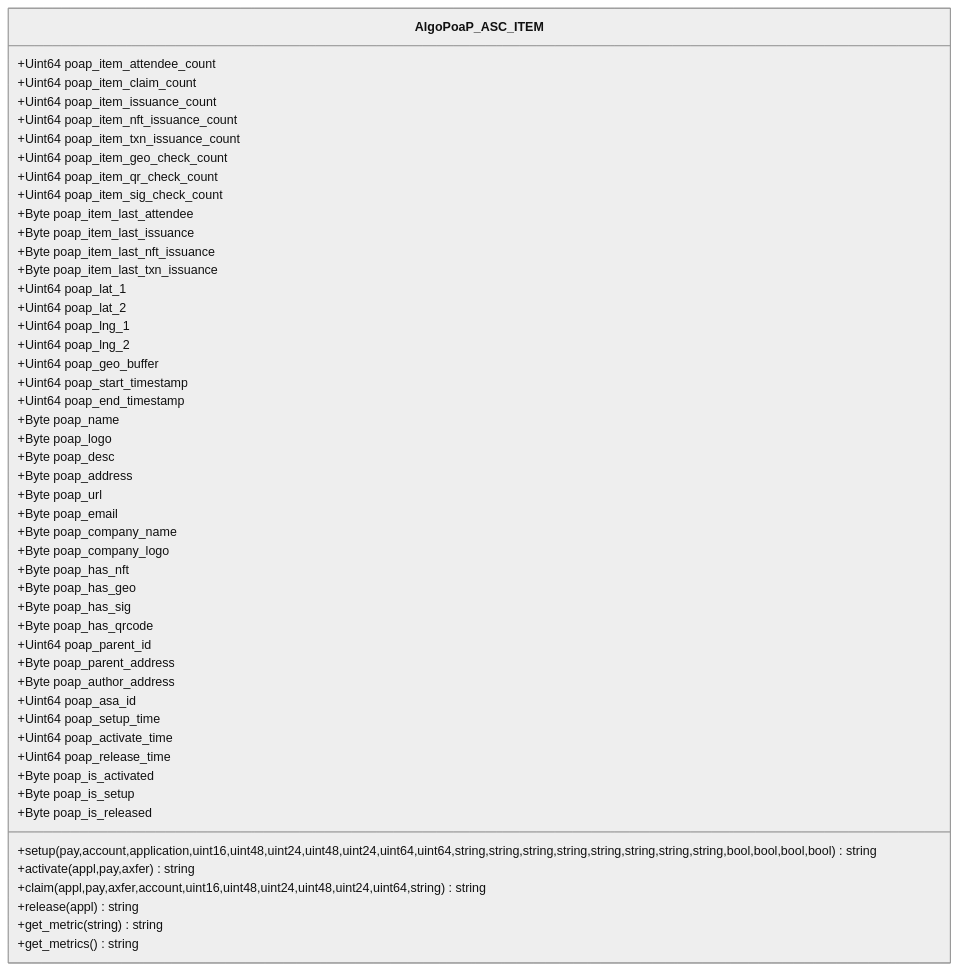
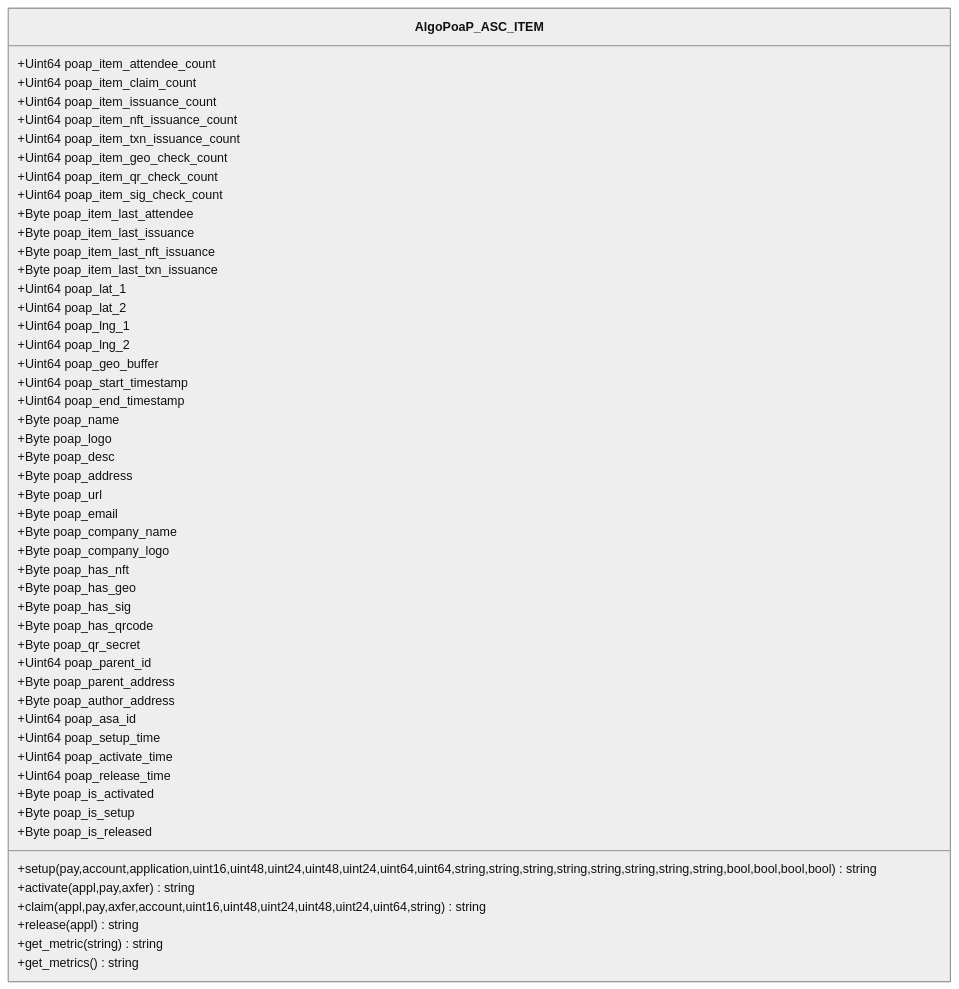
One commit to GoPlausible/.github changed the tenth of 10 diagrams in profile/README.md. Above: the diagram before and after it, drawn with Mermaid (neutral theme).

````diff
--- a/profile/README.md
+++ b/profile/README.md
@@ -596,68 +596,70 @@
 ```mermaid
   classDiagram
     class AlgoPoaP_ASC_ITEM
     AlgoPoaP_ASC_ITEM : +Uint64 poap_item_attendee_count
     AlgoPoaP_ASC_ITEM : +Uint64 poap_item_claim_count
     AlgoPoaP_ASC_ITEM : +Uint64 poap_item_issuance_count
     AlgoPoaP_ASC_ITEM : +Uint64 poap_item_nft_issuance_count
     AlgoPoaP_ASC_ITEM : +Uint64 poap_item_txn_issuance_count
 
     AlgoPoaP_ASC_ITEM : +Uint64 poap_item_geo_check_count
     AlgoPoaP_ASC_ITEM : +Uint64 poap_item_qr_check_count
     AlgoPoaP_ASC_ITEM : +Uint64 poap_item_sig_check_count
 
   
     AlgoPoaP_ASC_ITEM : +Byte poap_item_last_attendee
     AlgoPoaP_ASC_ITEM : +Byte poap_item_last_issuance
     AlgoPoaP_ASC_ITEM : +Byte poap_item_last_nft_issuance
     AlgoPoaP_ASC_ITEM : +Byte poap_item_last_txn_issuance
 
 
     AlgoPoaP_ASC_ITEM : +Uint64 poap_lat_1
     AlgoPoaP_ASC_ITEM : +Uint64 poap_lat_2
     AlgoPoaP_ASC_ITEM : +Uint64 poap_lng_1
     AlgoPoaP_ASC_ITEM : +Uint64 poap_lng_2
     AlgoPoaP_ASC_ITEM : +Uint64 poap_geo_buffer
     AlgoPoaP_ASC_ITEM : +Uint64 poap_start_timestamp
     AlgoPoaP_ASC_ITEM : +Uint64 poap_end_timestamp
     AlgoPoaP_ASC_ITEM : +Byte poap_name
     AlgoPoaP_ASC_ITEM : +Byte poap_logo
     AlgoPoaP_ASC_ITEM : +Byte poap_desc
     AlgoPoaP_ASC_ITEM : +Byte poap_address
     AlgoPoaP_ASC_ITEM : +Byte poap_url
     AlgoPoaP_ASC_ITEM : +Byte poap_email
     AlgoPoaP_ASC_ITEM : +Byte poap_company_name
     AlgoPoaP_ASC_ITEM : +Byte poap_company_logo
     AlgoPoaP_ASC_ITEM : +Byte poap_has_nft
     AlgoPoaP_ASC_ITEM : +Byte poap_has_geo
     AlgoPoaP_ASC_ITEM : +Byte poap_has_sig
     AlgoPoaP_ASC_ITEM : +Byte poap_has_qrcode
+    AlgoPoaP_ASC_ITEM : +Byte poap_qr_secret
+
 
     AlgoPoaP_ASC_ITEM : +Uint64 poap_parent_id
     AlgoPoaP_ASC_ITEM : +Byte poap_parent_address
     AlgoPoaP_ASC_ITEM : +Byte poap_author_address
     AlgoPoaP_ASC_ITEM : +Uint64 poap_asa_id
 
    AlgoPoaP_ASC_ITEM : +Uint64 poap_setup_time
     AlgoPoaP_ASC_ITEM : +Uint64 poap_activate_time
     AlgoPoaP_ASC_ITEM : +Uint64 poap_release_time
 
 
      AlgoPoaP_ASC_ITEM : +Byte poap_is_activated
     AlgoPoaP_ASC_ITEM : +Byte poap_is_setup
     AlgoPoaP_ASC_ITEM : +Byte poap_is_released
 
 
 
  
 
     AlgoPoaP_ASC_ITEM : +setup(pay,account,application,uint16,uint48,uint24,uint48,uint24,uint64,uint64,string,string,string,string,string,string,string,string,bool,bool,bool,bool)string
     AlgoPoaP_ASC_ITEM : +activate(appl,pay,axfer)string
     AlgoPoaP_ASC_ITEM : +claim(appl,pay,axfer,account,uint16,uint48,uint24,uint48,uint24,uint64,string)string
     AlgoPoaP_ASC_ITEM : +release(appl)string
     AlgoPoaP_ASC_ITEM : +get_metric(string)string
     AlgoPoaP_ASC_ITEM : +get_metrics()string
     
   
     
 ```
````
